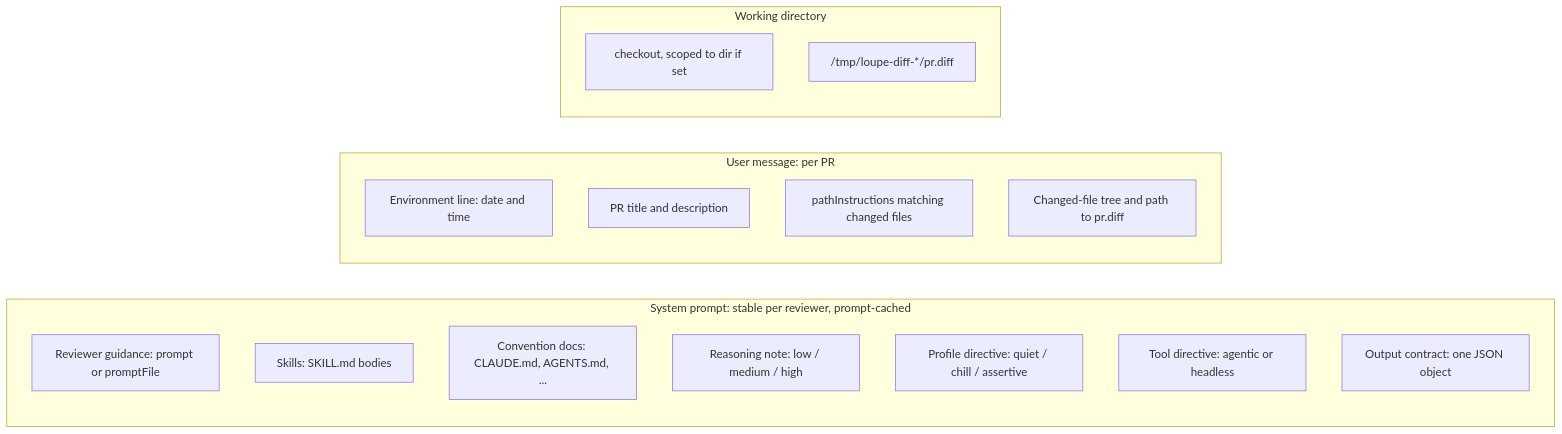
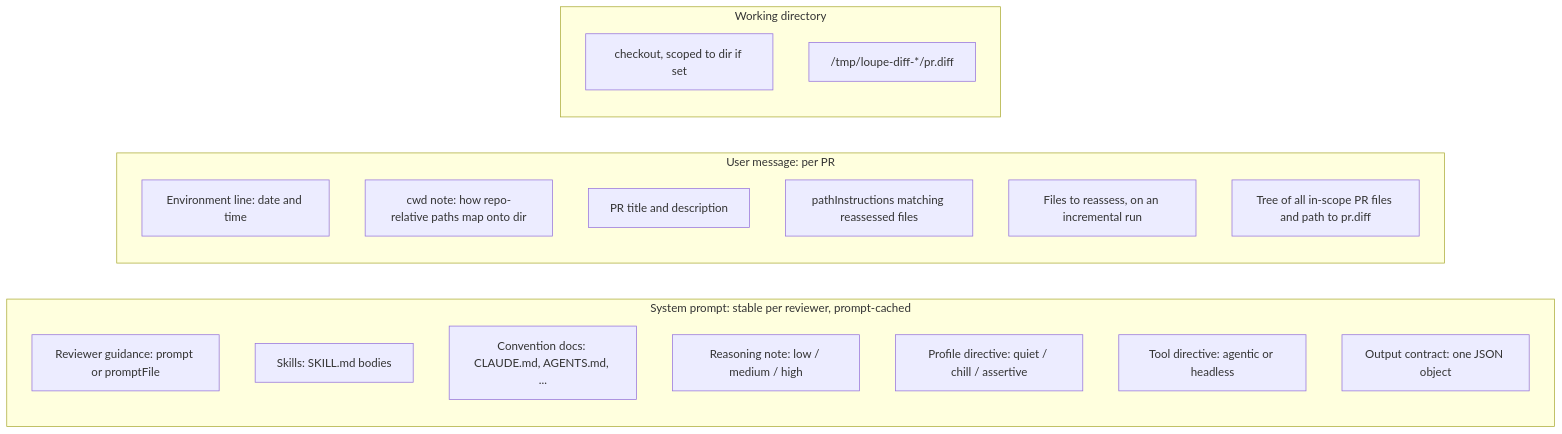
Before and after one commit to context-labs/loupe: the diagram in docs/how-it-works/context.md, drawn with Mermaid. The commit also changed other lines of this file and 22 other files, not shown here.

````diff
--- a/docs/how-it-works/context.md
+++ b/docs/how-it-works/context.md
@@ -8,24 +8,26 @@
 ```mermaid
 flowchart LR
     subgraph SYS["System prompt: stable per reviewer, prompt-cached"]
         direction TB
         G[Reviewer guidance: prompt or promptFile]
         SK[Skills: SKILL.md bodies]
         CV[Convention docs: CLAUDE.md, AGENTS.md, ...]
         RN[Reasoning note: low / medium / high]
         PD[Profile directive: quiet / chill / assertive]
         AD[Tool directive: agentic or headless]
         OC[Output contract: one JSON object]
     end
     subgraph USR["User message: per PR"]
         direction TB
         ENV[Environment line: date and time]
+        CW[cwd note: how repo-relative paths map onto dir]
         TI[PR title and description]
-        PI[pathInstructions matching changed files]
-        TR[Changed-file tree and path to pr.diff]
+        PI[pathInstructions matching reassessed files]
+        FO[Files to reassess, on an incremental run]
+        TR[Tree of all in-scope PR files and path to pr.diff]
     end
     subgraph CWD["Working directory"]
         CO[checkout, scoped to dir if set]
         DF["/tmp/loupe-diff-*/pr.diff"]
     end
 ```
````
